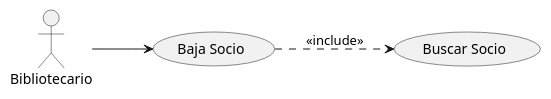
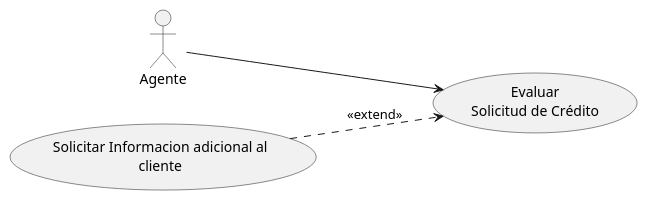
The diagram in src/diagrama de casos de uso.puml (preguntitas/PlanUml2), drawn with PlantUML before and after one commit.

Commit message:
Diagrama 4

```diff
--- a/src/diagrama de casos de uso.puml
+++ b/src/diagrama de casos de uso.puml
@@ -1,10 +1,9 @@
 @startuml
-:Bibliotecario: as bibliotecario
-(Baja Socio) as baja
-(Buscar Socio) as buscar
+left to right direction
+:Agente: as agente
+(Evaluar\nSolicitud de Crédito) as evaluar
+(Solicitar Informacion adicional al\ncliente) as solicitar
 
-bibliotecario --> baja
-baja ..> buscar : <<include>>
-
-left to right direction
+agente --> evaluar
+solicitar ..> evaluar : <<extend>>
 @enduml
```
